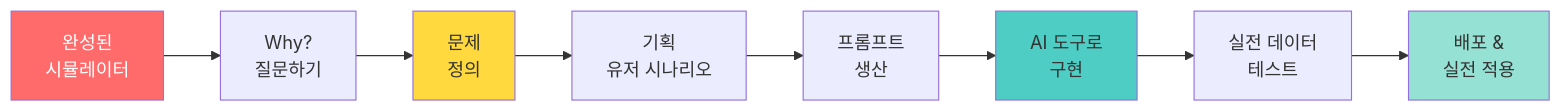
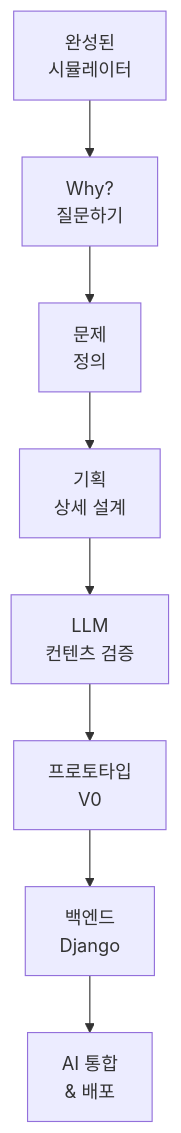
Before and after one commit to Collegenie-X/AI-Vive-Coding: the first of 14 diagrams in Docs/주제/5단계-AI가상환경_실전체험_교육가이드.md, drawn with Mermaid. The commit also changed other lines of this file and 2 other files, not shown here.

````diff
--- a/Docs/주제/5단계-AI가상환경_실전체험_교육가이드.md
+++ b/Docs/주제/5단계-AI가상환경_실전체험_교육가이드.md
@@ -7,15 +7,11 @@
 ```mermaid
-flowchart LR
+flowchart TB
     A[완성된<br/>시뮬레이터] --> B[Why?<br/>질문하기]
     B --> C[문제<br/>정의]
-    C --> D[기획<br/>유저 시나리오]
-    D --> E[프롬프트<br/>생산]
-    E --> F[AI 도구로<br/>구현]
-    F --> G[실전 데이터<br/>테스트]
-    G --> H[배포 &<br/>실전 적용]
-    
-    style A fill:#FF6B6B,color:#fff
-    style C fill:#FFD93D
-    style F fill:#4ECDC4
-    style H fill:#95E1D3
+    C --> D[기획<br/>상세 설계]
+    D --> E[LLM<br/>컨텐츠 검증]
+    E --> F[프로토타입<br/>V0]
+    F --> G[백엔드<br/>Django]
+    G --> H[AI 통합<br/>& 배포]
+  
 ```
````
